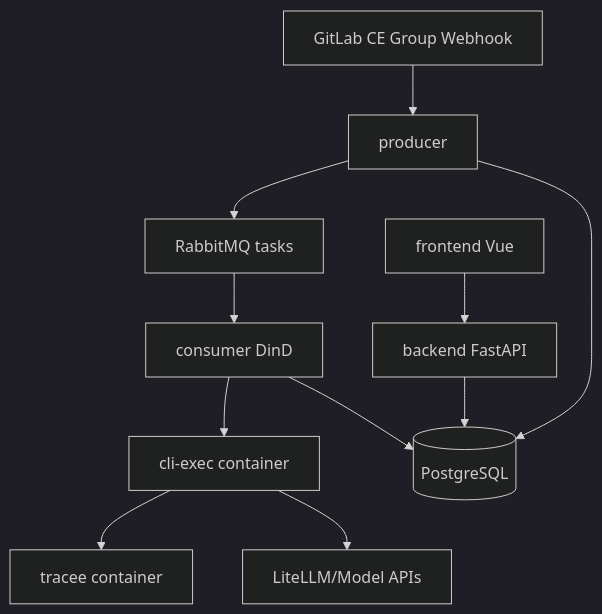
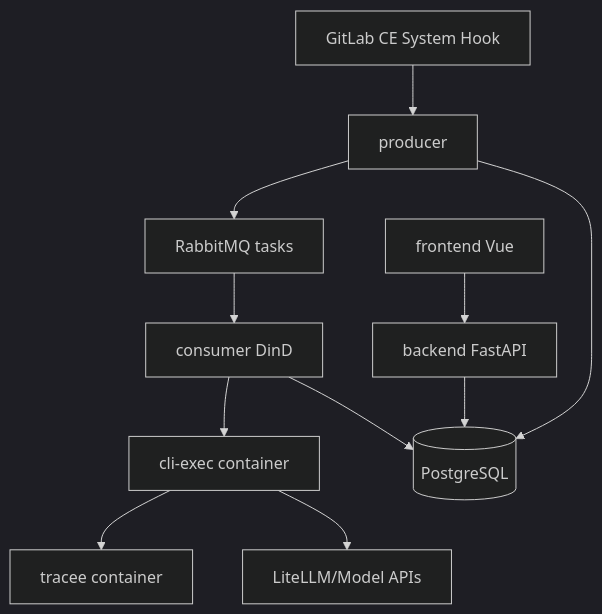
Before and after one commit to notfolder/CodingAgentAutomata: the first of 9 diagrams in docs/detail_design.md, drawn with Mermaid (dark theme). The commit also changed other lines of this file and 8 other files, not shown here.

````diff
--- a/docs/detail_design.md
+++ b/docs/detail_design.md
@@ -40,24 +40,24 @@
 ```mermaid
 flowchart TD
-    GL[GitLab CE Group Webhook]
+    GL[GitLab CE System Hook]
     PR[producer]
     MQ[RabbitMQ tasks]
     CS[consumer DinD]
     CL[cli-exec container]
     TR[tracee container]
     BK[backend FastAPI]
     FE[frontend Vue]
     DB[(PostgreSQL)]
     LT[LiteLLM/Model APIs]
 
     GL --> PR
     PR --> MQ
     MQ --> CS
     CS --> CL
     CL --> TR
     CL --> LT
     FE --> BK
     BK --> DB
     PR --> DB
     CS --> DB
 ```
````
